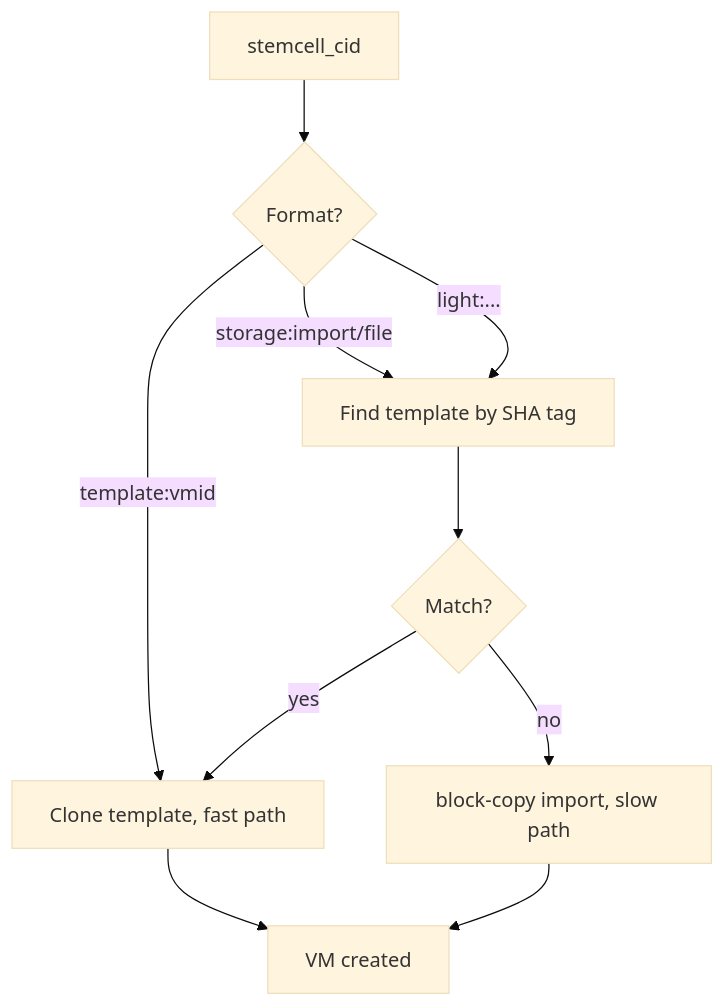
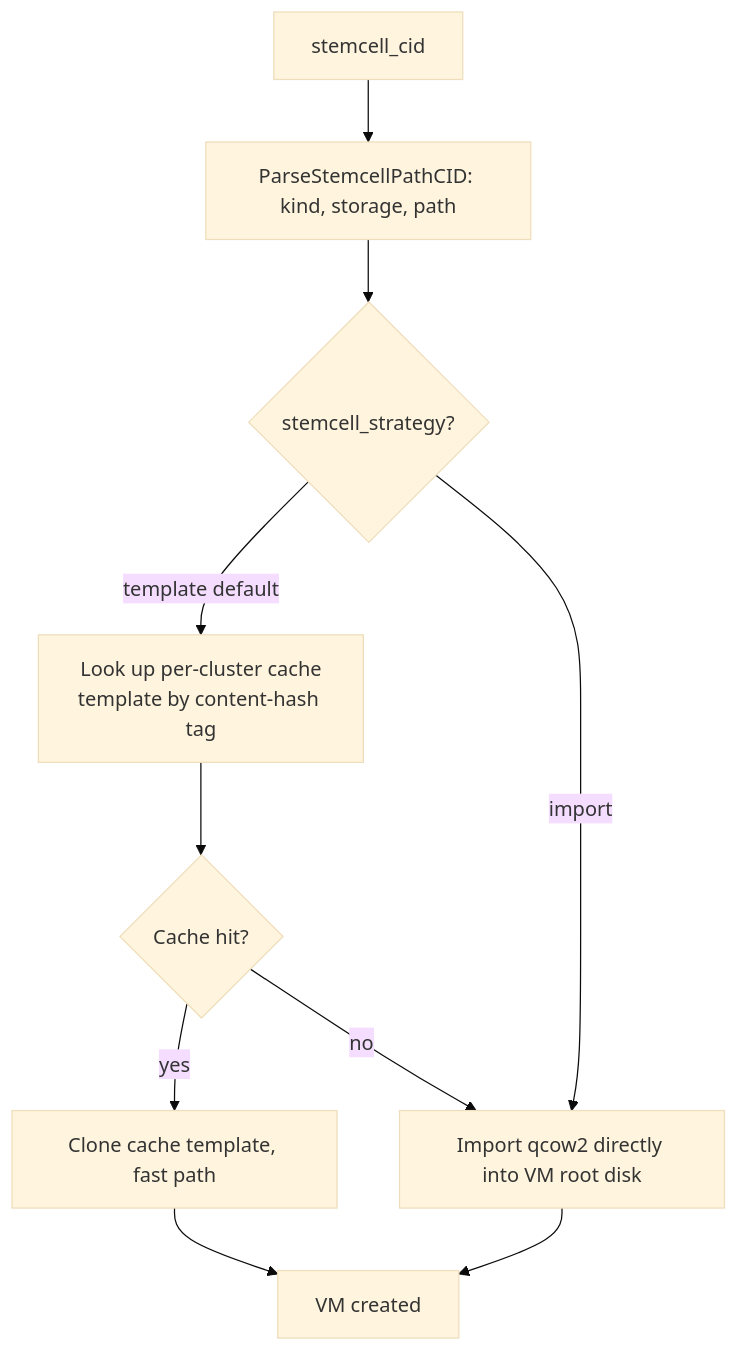
The third of 3 diagrams in docs/architecture.md (fivetwenty-io/bosh-proxmox-cpi-release), drawn with Mermaid (base theme) before and after one commit. The commit also changed other lines of this file and 15 other files, not shown here.

````diff
--- a/docs/architecture.md
+++ b/docs/architecture.md
@@ -217,12 +217,12 @@
 ```mermaid
 flowchart TD
-    CID[stemcell_cid] --> Fmt{Format?}
-    Fmt -->|template:vmid| Clone[Clone template, fast path]
-    Fmt -->|storage:import/file| Tag[Find template by SHA tag]
-    Fmt -->|light:...| Tag
-    Tag --> Found{Match?}
-    Found -->|yes| Clone
-    Found -->|no| Slow[block-copy import, slow path]
+    CID[stemcell_cid] --> Parse["ParseStemcellPathCID: kind, storage, path"]
+    Parse --> Strategy{stemcell_strategy?}
+    Strategy -->|template default| Lookup["Look up per-cluster cache\ntemplate by content-hash tag"]
+    Strategy -->|import| Slow[Import qcow2 directly into VM root disk]
+    Lookup --> Found{Cache hit?}
+    Found -->|yes| Clone[Clone cache template, fast path]
+    Found -->|no| Slow
     Clone --> Done[VM created]
     Slow --> Done
 ```
````
